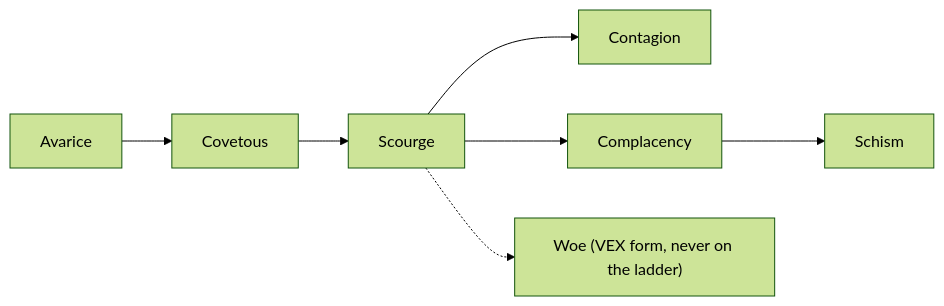
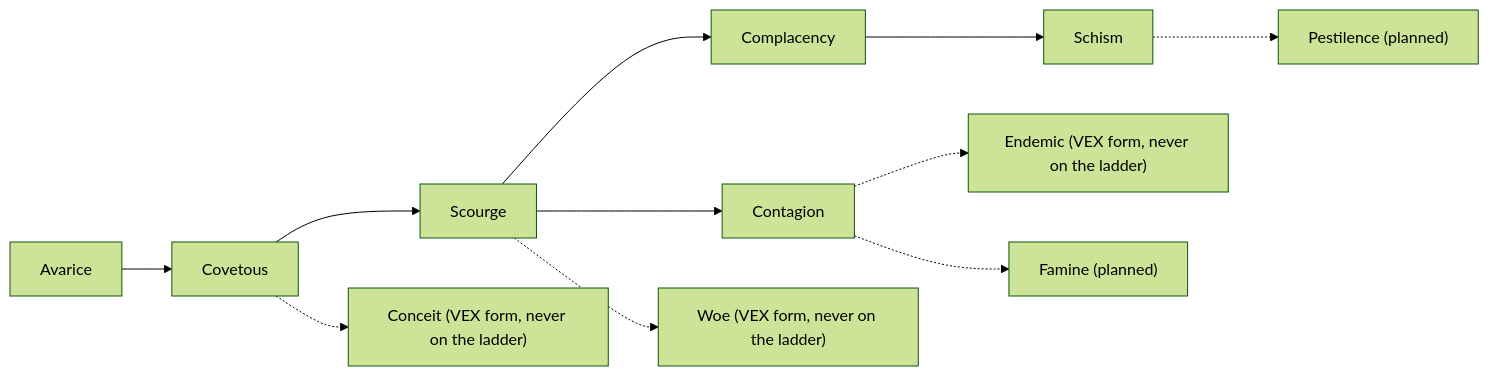
The second of 2 diagrams in architecture/cells-and-experiments.md (avarice-dev/AI-CellHack2), drawn with Mermaid (forest theme) before and after one commit.

Commit message:
docs: lineage diagram shows the VEX forms and planned cells

````diff
--- a/architecture/cells-and-experiments.md
+++ b/architecture/cells-and-experiments.md
@@ -96,7 +96,11 @@
 ```mermaid
 flowchart LR
     S["Avarice"] --> C["Covetous"] --> SC["Scourge"] --> CO["Contagion"]
     SC --> CP["Complacency"]
     CP --> SM["Schism"]
     SC -.-> W["Woe (VEX form, never on the ladder)"]
+    C -.-> CN["Conceit (VEX form, never on the ladder)"]
+    CO -.-> E["Endemic (VEX form, never on the ladder)"]
+    SM -.-> P["Pestilence (planned)"]
+    CO -.-> F["Famine (planned)"]
 ```
````
